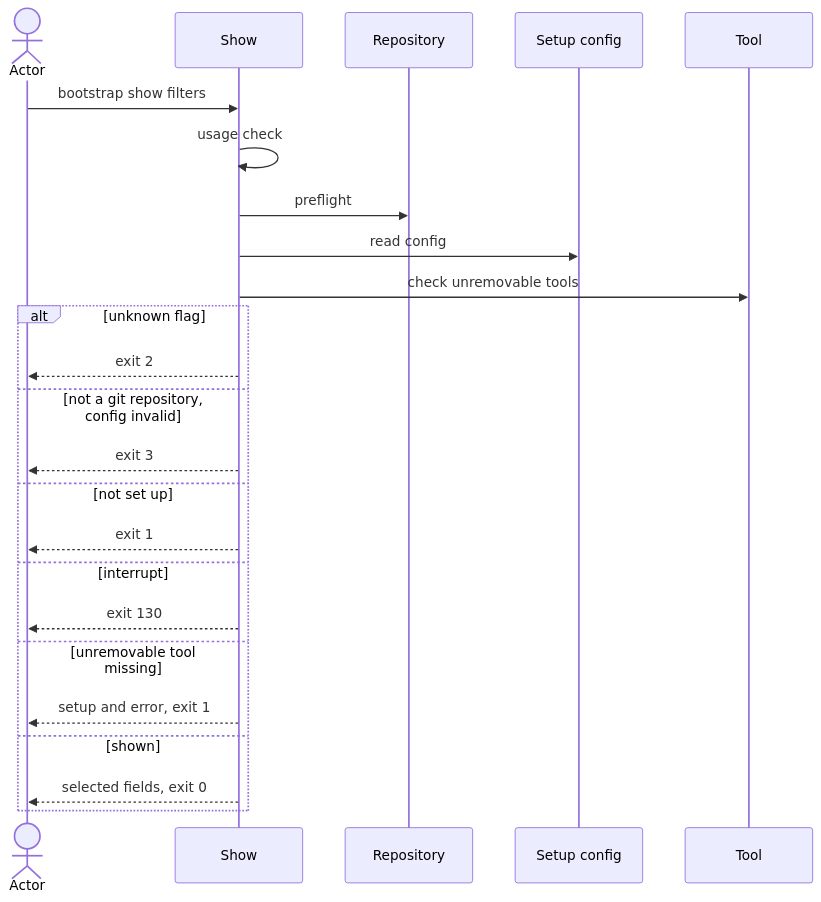
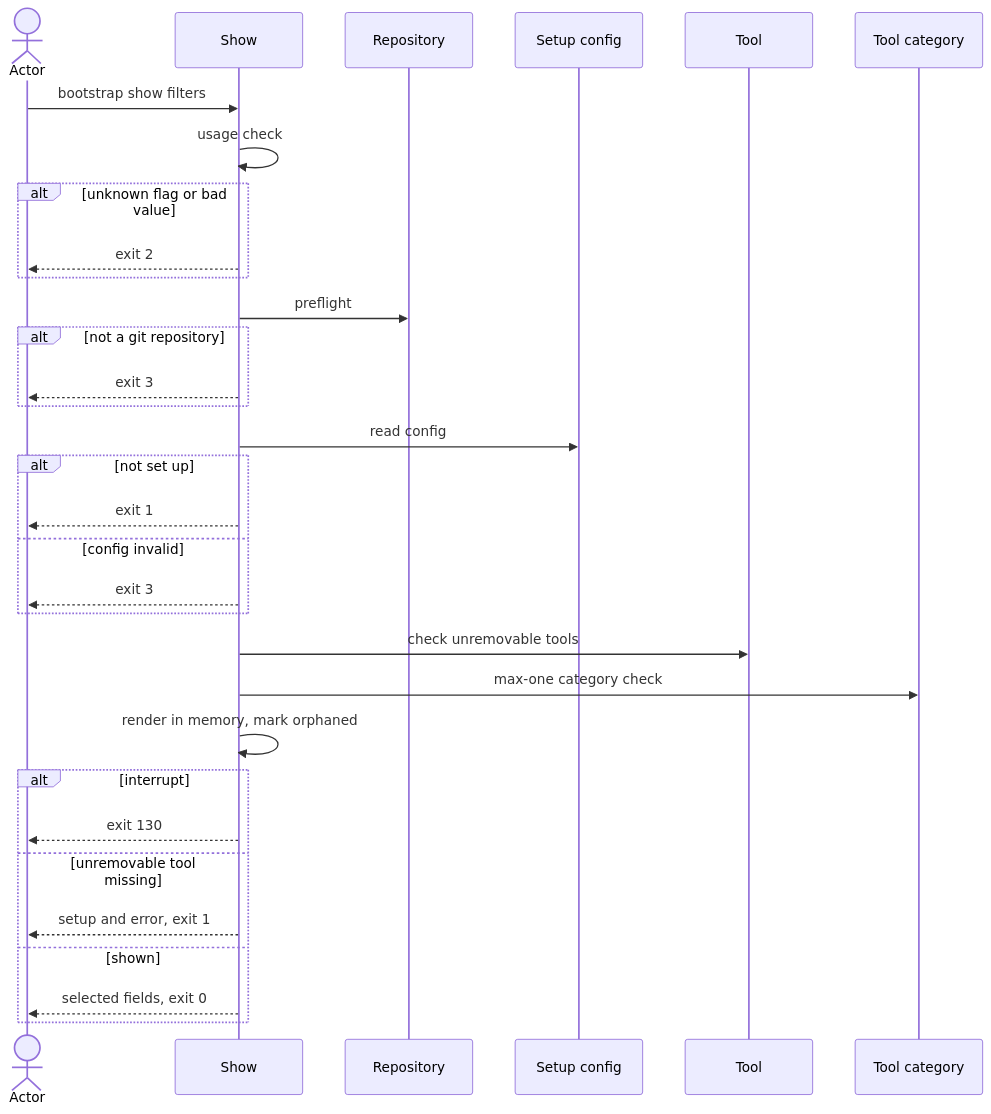
One commit to virajp/bootstrap changed the diagram in docs/blueprint/flows/cli/170-show-setup/index.md. Above: the diagram before and after it, drawn with Mermaid. The commit also changed other lines of this file and 12 other files, not shown here.

````diff
--- a/docs/blueprint/flows/cli/170-show-setup/index.md
+++ b/docs/blueprint/flows/cli/170-show-setup/index.md
@@ -108,26 +104,34 @@
 ```mermaid
 sequenceDiagram
     actor O as Actor
     participant S as Show
     participant R as Repository
     participant C as Setup config
     participant G as Tool
+    participant K as Tool category
     O->>S: bootstrap show filters
     S->>S: usage check
+    alt unknown flag or bad value
+        S-->>O: exit 2
+    end
     S->>R: preflight
+    alt not a git repository
+        S-->>O: exit 3
+    end
     S->>C: read config
+    alt not set up
+        S-->>O: exit 1
+    else config invalid
+        S-->>O: exit 3
+    end
     S->>G: check unremovable tools
-    alt unknown flag
-        S-->>O: exit 2
-    else not a git repository, config invalid
-        S-->>O: exit 3
-    else not set up
-        S-->>O: exit 1
-    else interrupt
+    S->>K: max-one category check
+    S->>S: render in memory, mark orphaned
+    alt interrupt
         S-->>O: exit 130
     else unremovable tool missing
         S-->>O: setup and error, exit 1
     else shown
         S-->>O: selected fields, exit 0
     end
 ```
````
